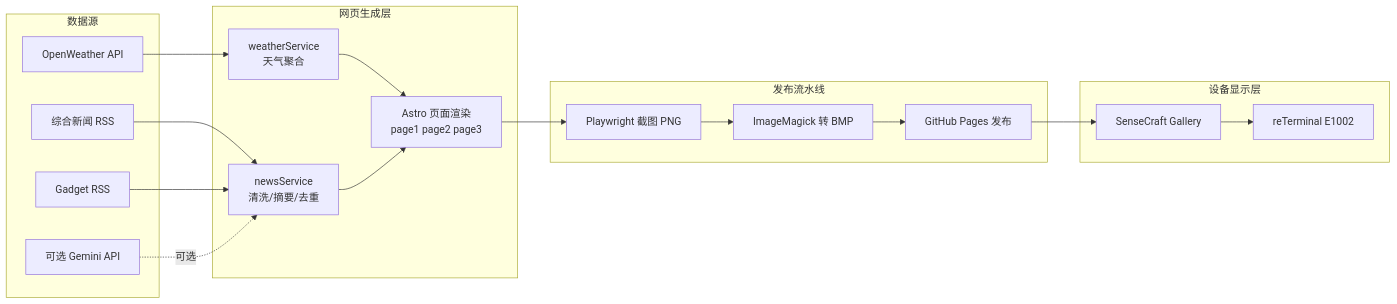
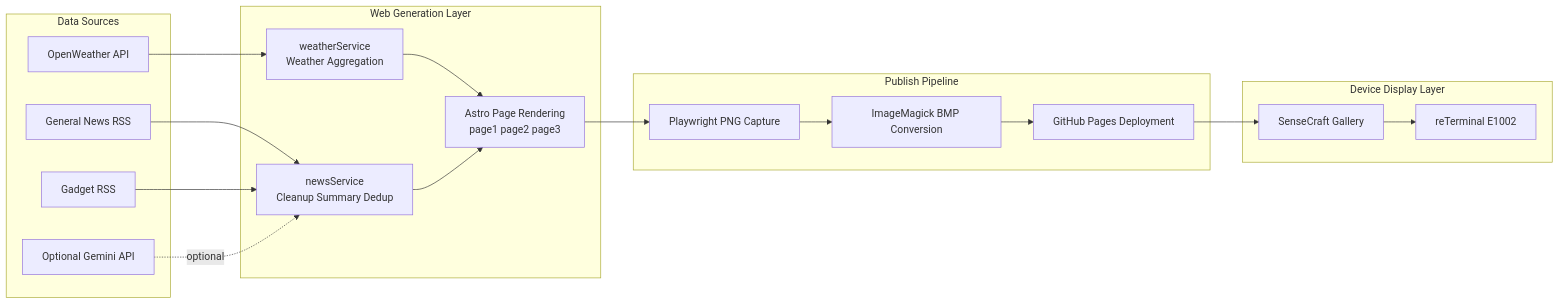
The diagram in README.md (samveldf/reTerminal), drawn with Mermaid before and after one commit. The commit also changed other lines of this file and 4 other files, not shown here.

````diff
--- a/README.md
+++ b/README.md
@@ -15,34 +15,34 @@
 ```mermaid
 flowchart LR
-    subgraph A[数据源]
+    subgraph A[Data Sources]
       A1[OpenWeather API]
-      A2[综合新闻 RSS]
+      A2[General News RSS]
       A3[Gadget RSS]
-      A4[可选 Gemini API]
+      A4[Optional Gemini API]
     end
 
-    subgraph B[网页生成层]
-      B1[weatherService<br/>天气聚合]
-      B2[newsService<br/>清洗/摘要/去重]
-      B3[Astro 页面渲染<br/>page1 page2 page3]
+    subgraph B[Web Generation Layer]
+      B1[weatherService<br/>Weather Aggregation]
+      B2[newsService<br/>Cleanup Summary Dedup]
+      B3[Astro Page Rendering<br/>page1 page2 page3]
     end
 
-    subgraph C[发布流水线]
-      C1[Playwright 截图 PNG]
-      C2[ImageMagick 转 BMP]
-      C3[GitHub Pages 发布]
+    subgraph C[Publish Pipeline]
+      C1[Playwright PNG Capture]
+      C2[ImageMagick BMP Conversion]
+      C3[GitHub Pages Deployment]
     end
 
-    subgraph D[设备显示层]
+    subgraph D[Device Display Layer]
       D1[SenseCraft Gallery]
       D2[reTerminal E1002]
     end
 
     A1 --> B1
     A2 --> B2
     A3 --> B2
-    A4 -.可选.-> B2
+    A4 -.optional.-> B2
     B1 --> B3
     B2 --> B3
     B3 --> C1 --> C2 --> C3 --> D1 --> D2
 ```
````
